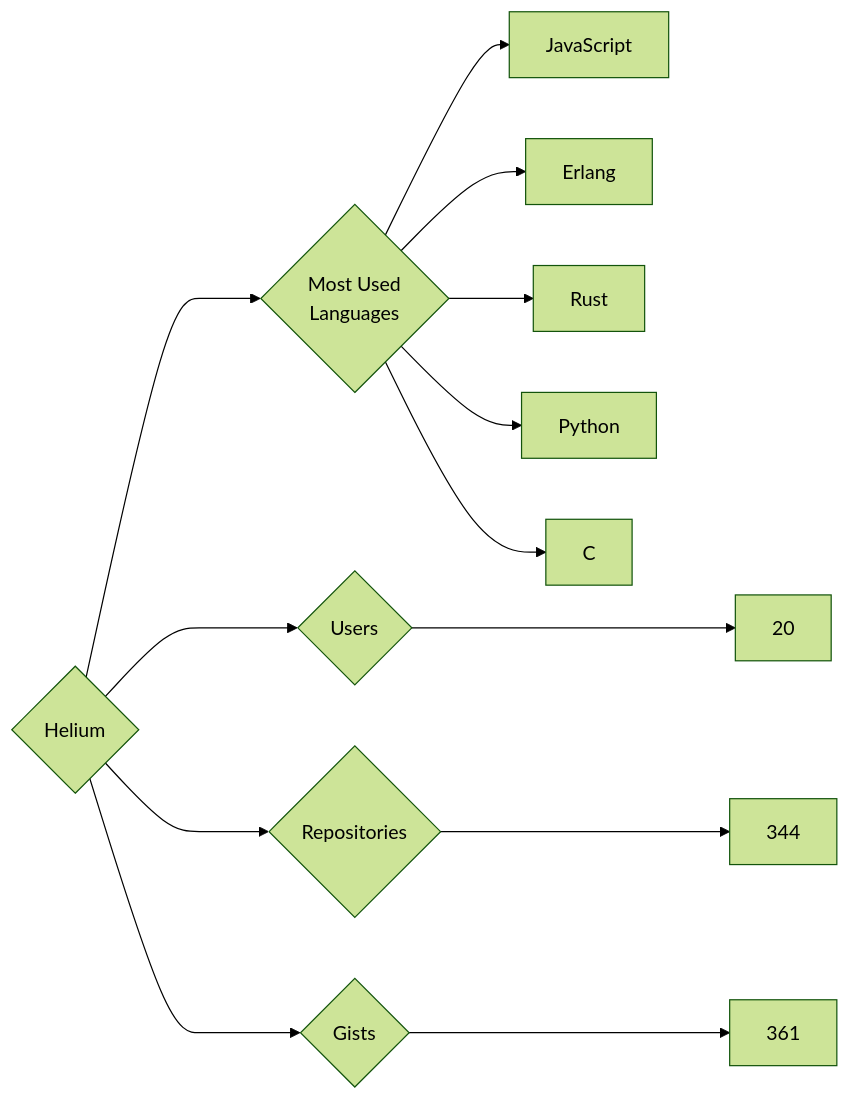
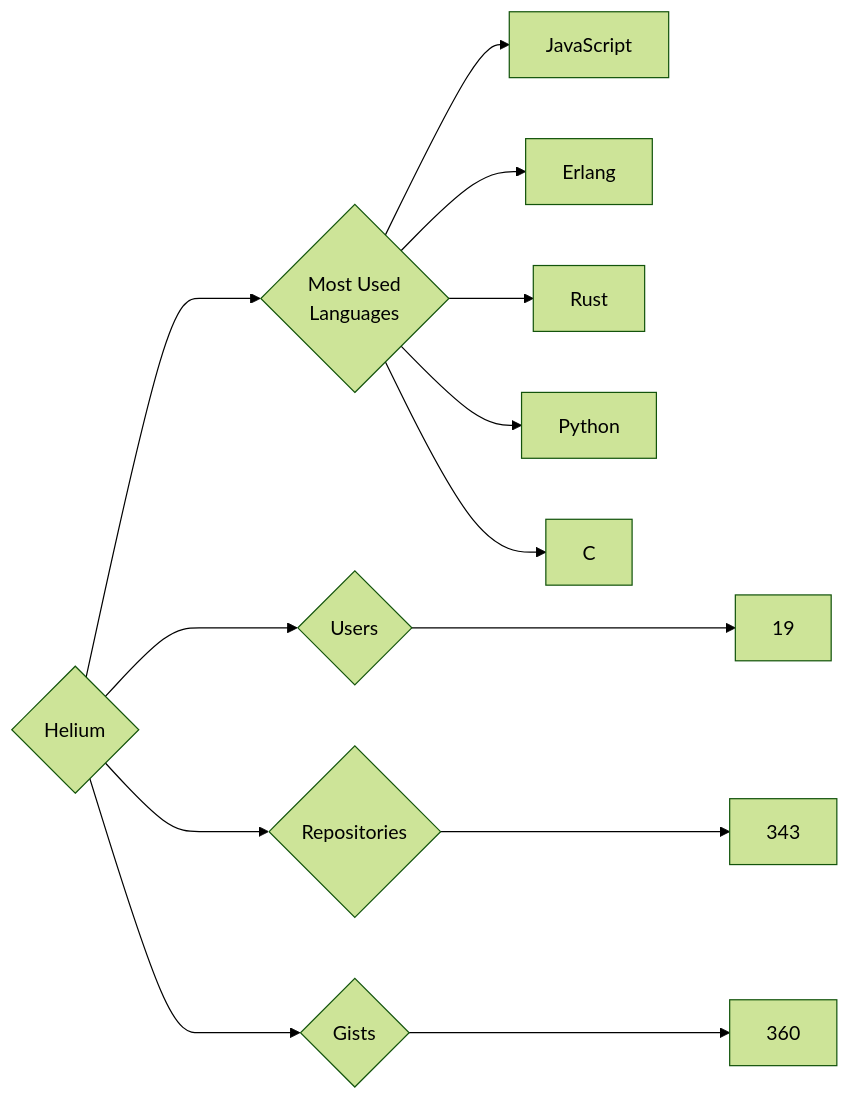
One commit to trickest/insiders changed the diagram in targets/Helium/README.md. Above: the diagram before and after it, drawn with Mermaid (forest theme). The commit also changed 679 other files, not shown here.

````diff
--- a/targets/Helium/README.md
+++ b/targets/Helium/README.md
@@ -3,13 +3,13 @@
 ```mermaid
 graph LR
 COMPANY_NAME{Helium}
-COMPANY_NAME ---> U{Users} ---> UN[20]
-COMPANY_NAME ---> R{Repositories} ---> RN[344]
-COMPANY_NAME ---> G{Gists} ---> GN[361]
+COMPANY_NAME ---> U{Users} ---> UN[19]
+COMPANY_NAME ---> R{Repositories} ---> RN[343]
+COMPANY_NAME ---> G{Gists} ---> GN[360]
 COMPANY_NAME ---> ML{Most Used<br>Languages}
 ML --> JavaScript[JavaScript]
 ML --> Erlang[Erlang]
 ML --> Rust[Rust]
 ML --> Python[Python]
 ML --> C[C]
 ```
````
